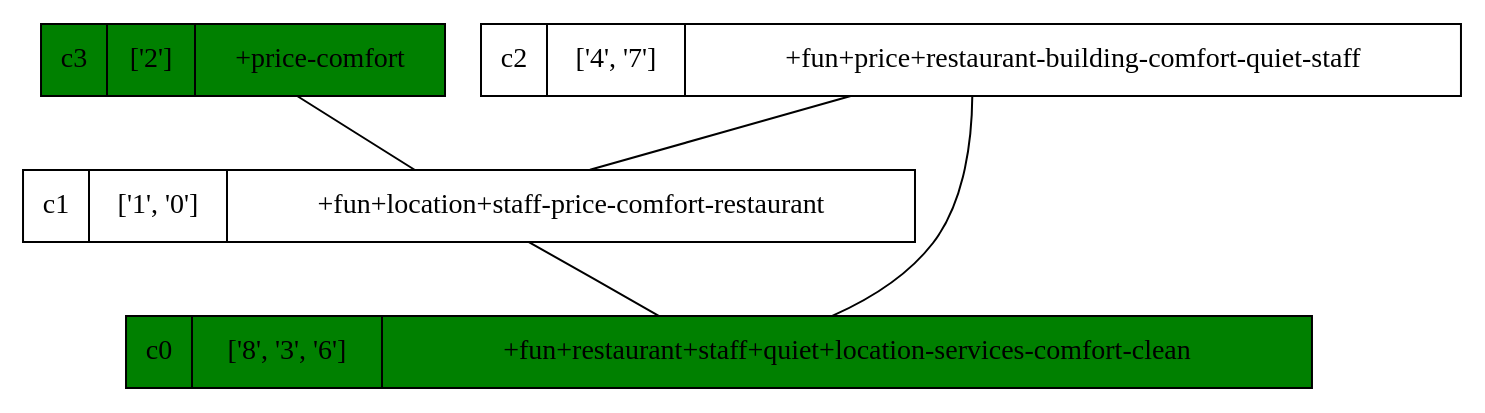
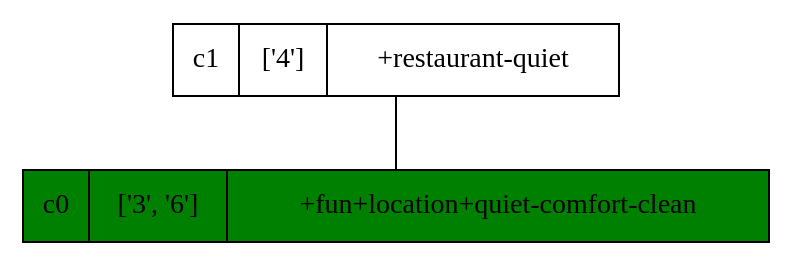
The diagram in eg3/final_graph.dot (nicorotstein/juan_alberto), drawn with Graphviz before and after one commit. The commit also changed 29 other files, not shown here.

```diff
--- a/eg3/final_graph.dot
+++ b/eg3/final_graph.dot
@@ -1,10 +1,5 @@
 strict digraph G {
-c3 [shape=record, label="c3 | ['2'] | +price-comfort", style=filled, fillcolor=green];
-c2 [shape=record, label="c2 | ['4', '7'] | +fun+price+restaurant-building-comfort-quiet-staff"];
-c1 [shape=record, label="c1 | ['1', '0'] | +fun+location+staff-price-comfort-restaurant"];
-c0 [shape=record, label="c0 | ['8', '3', '6'] | +fun+restaurant+staff+quiet+location-services-comfort-clean", style=filled, fillcolor=green];
-c3 -> c1  [dir=none];
-c2 -> c1  [dir=none];
-c2 -> c0  [dir=none];
+c1 [shape=record, label="c1 | ['4'] | +restaurant-quiet"];
+c0 [shape=record, label="c0 | ['3', '6'] | +fun+location+quiet-comfort-clean", style=filled, fillcolor=green];
 c1 -> c0  [dir=none];
 }
```
